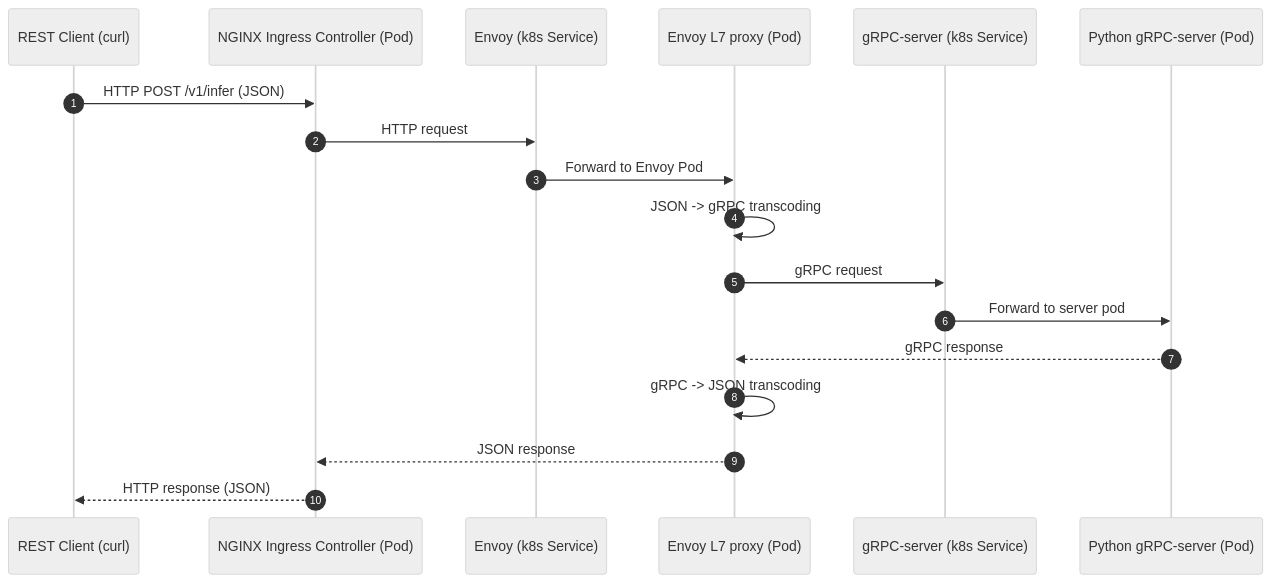
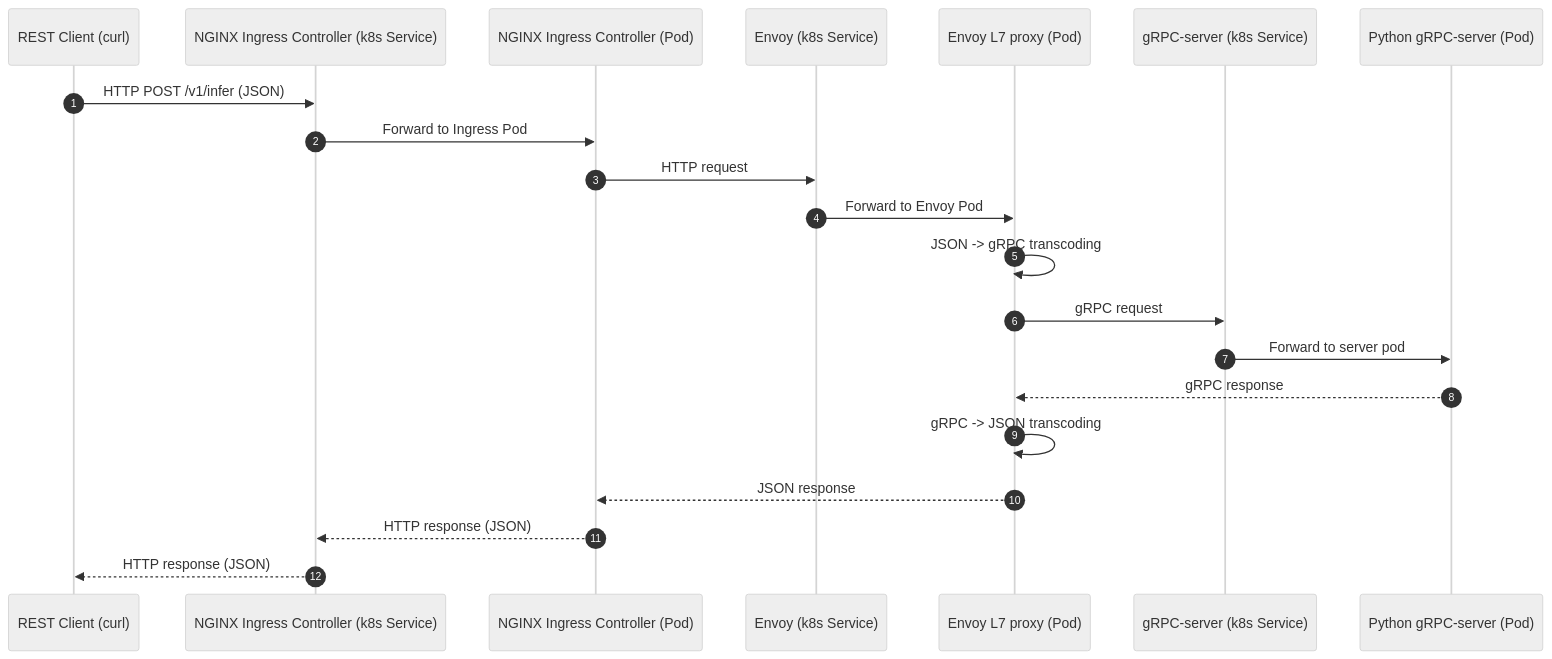
One commit to refuel-code-135/k8s-ml-inference-platform changed the first of 7 diagrams in README.md. Above: the diagram before and after it, drawn with Mermaid (neutral theme).

````diff
--- a/README.md
+++ b/README.md
@@ -5,23 +5,27 @@
 ```mermaid
 sequenceDiagram
     autonumber
 
     participant Client as REST Client (curl)
-    participant Ingress as NGINX Ingress Controller (Pod)
+    participant IngressSvc as NGINX Ingress Controller (k8s Service)
+    participant IngressPod as NGINX Ingress Controller (Pod)
     participant EnvoySvc as Envoy (k8s Service) 
     participant Envoy as Envoy L7 proxy (Pod)
     participant GrpcSvc as gRPC-server (k8s Service) 
     participant Grpc as Python gRPC-server (Pod)
 
-    Client->>Ingress: HTTP POST /v1/infer (JSON)
-    Ingress->>EnvoySvc: HTTP request
+    Client->>IngressSvc: HTTP POST /v1/infer (JSON)
+    IngressSvc->>IngressPod: Forward to Ingress Pod
+    IngressPod->>EnvoySvc: HTTP request
     EnvoySvc->>Envoy: Forward to Envoy Pod
     Envoy->>Envoy: JSON -> gRPC transcoding
     Envoy->>GrpcSvc: gRPC request
     GrpcSvc->>Grpc: Forward to server pod
     Grpc-->>Envoy: gRPC response
     Envoy->>Envoy: gRPC -> JSON transcoding
-    Envoy-->>Ingress: JSON response
-    Ingress-->>Client: HTTP response (JSON)
+    Envoy-->>IngressPod: JSON response
+    IngressPod-->>IngressSvc: HTTP response (JSON)
+    IngressSvc-->>Client: HTTP response (JSON)
+
 
 ```
````
